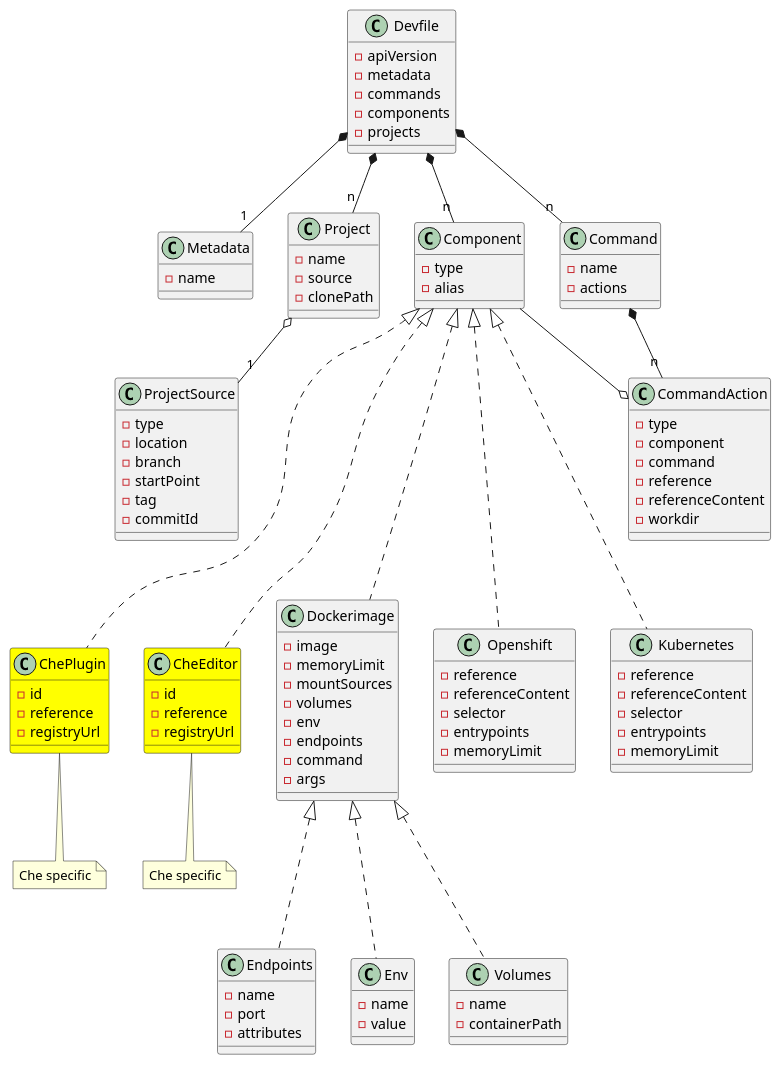
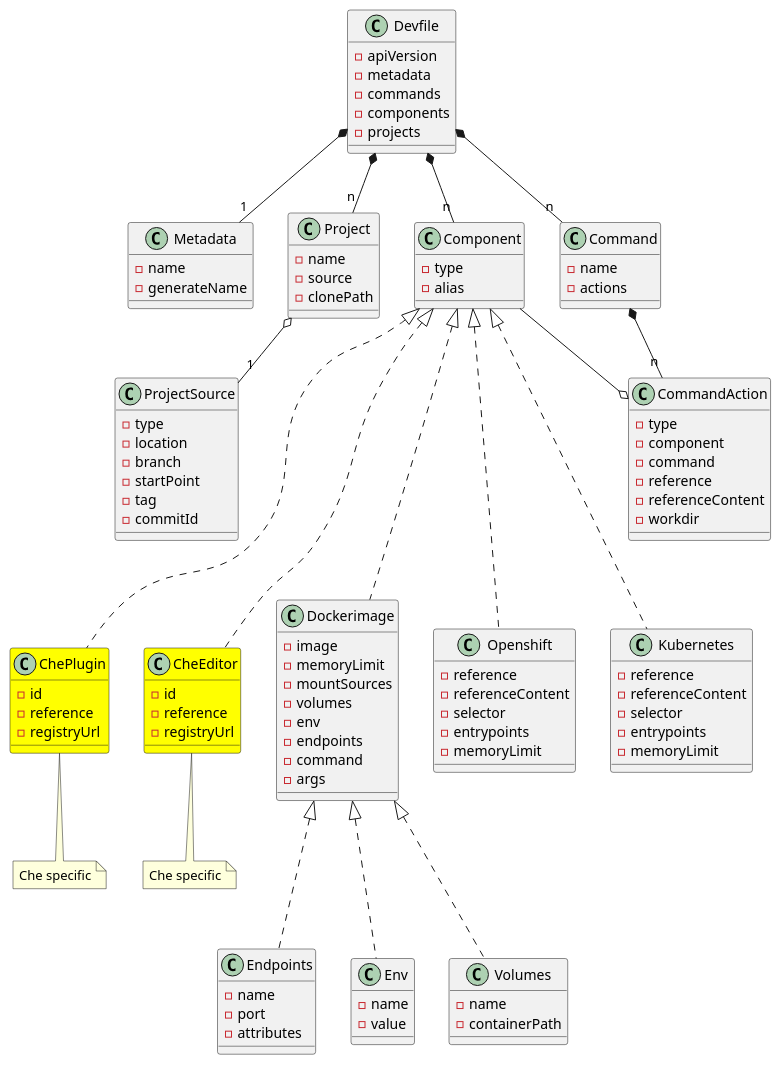
One commit to redhat-developer/devfile changed the diagram in devfile_next.plantuml. Above: the diagram before and after it, drawn with PlantUML. The commit also changed 1 other file, not shown here.

Commit message:
add generateName to devfile's metadata

```diff
--- a/devfile_next.plantuml
+++ b/devfile_next.plantuml
@@ -1,141 +1,142 @@
 @startuml devfile_next
 
 class Devfile {
   - apiVersion
   - metadata
   - commands
   - components
   - projects
 }
 
 together {
   class Metadata
   class Component
   class Command
   class Project
 }
 
 Devfile *-- "1" Metadata
 Devfile *-- "n" Component
 Devfile *-- "n" Command
 Devfile *-- "n" Project
 
 class Metadata {
   - name
+  - generateName
 }
 
 class Component {
     - type
     - alias
 }
 
 
 Component <|-.. Dockerimage
 Component <|-.. Openshift
 Component <|-.. Kubernetes
 Component <|-.. ChePlugin
 Component <|-.. CheEditor
 
 class Command {
   - name
   - actions
 }
 
 Command *-- "n" CommandAction
 CommandAction o-- Component
 
 class CommandAction {
   - type
   - component
   - command
   - reference
   - referenceContent
   - workdir
 }
 
 class Project {
   - name
   - source
   - clonePath
 }
 
 Project o-- "1" ProjectSource
 
 class ProjectSource {
   - type
   - location
   - branch
   - startPoint
   - tag
   - commitId
 }
 
 Project -[hidden]> Component
 Component -[hidden]> Command
 ProjectSource -[hidden]> CommandAction
 
 class Dockerimage {
    - image
    - memoryLimit
    - mountSources
    - volumes
    - env
    - endpoints
    - command
    - args
 }
 
 Dockerimage <|-.. Env
 Dockerimage <|-.. Volumes
 Dockerimage <|-.. Endpoints
 
 class Env {
    - name
    - value
 }
 
 class Volumes {
    - name
    - containerPath
 }
 
 class Endpoints {
    - name
    - port
    - attributes
 }
 
 class Openshift {
   - reference
   - referenceContent
   - selector
   - entrypoints
   - memoryLimit
 }
 
 class Kubernetes {
   - reference
   - referenceContent
   - selector
   - entrypoints
   - memoryLimit
 }
 
 class ChePlugin #yellow {
   - id
   - reference
   - registryUrl
 }
 note bottom of ChePlugin: Che specific
 
 class CheEditor #yellow {
   - id
   - reference
   - registryUrl
 }
 note bottom of CheEditor: Che specific
 
 ChePlugin -[hidden]> CheEditor
 CheEditor -[hidden]> Dockerimage
 
 @enduml
```
